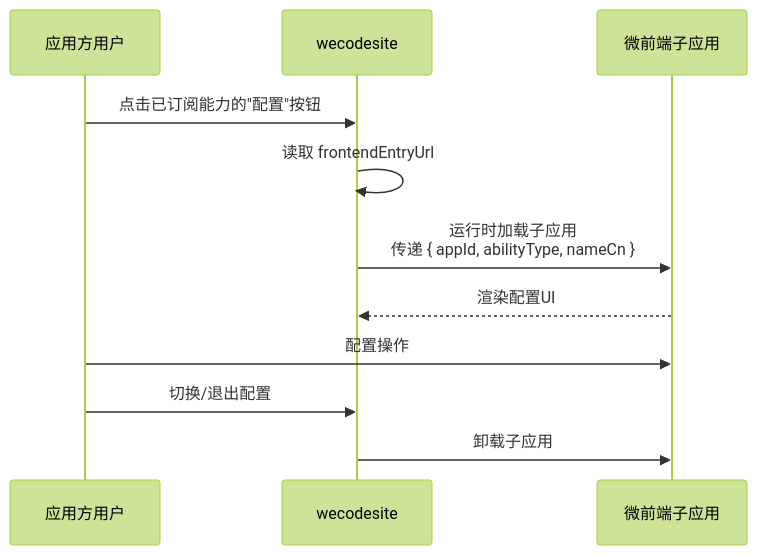
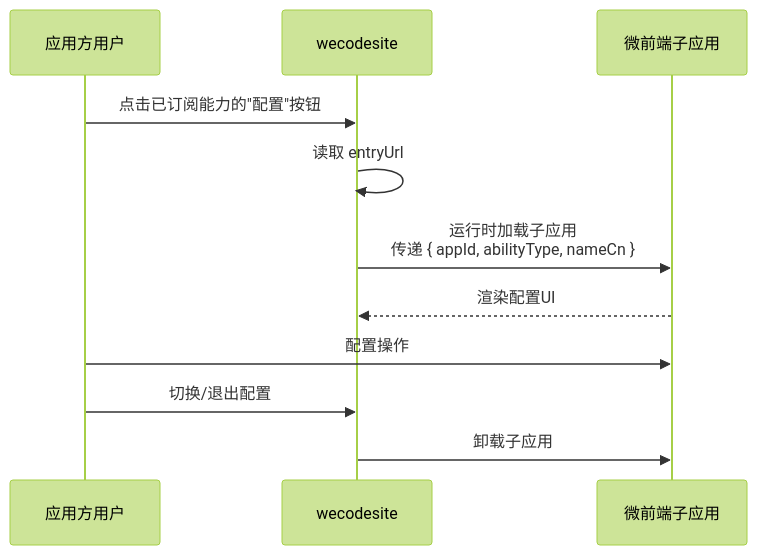
One commit to THZSummer/open-app changed the fourth of 4 diagrams in .sddu/specs-tree-root/specs-tree-ability-embedding/specs-tree-embedding-open/plan.md. Above: the diagram before and after it, drawn with Mermaid (forest theme). The commit also changed other lines of this file and 7 other files, not shown here.

````diff
--- a/.sddu/specs-tree-root/specs-tree-ability-embedding/specs-tree-embedding-open/plan.md
+++ b/.sddu/specs-tree-root/specs-tree-ability-embedding/specs-tree-embedding-open/plan.md
@@ -273,14 +286,14 @@
 ```mermaid
 sequenceDiagram
     participant User as 应用方用户
     participant WECODE as wecodesite
     participant SubApp as 微前端子应用
 
     User->>WECODE: 点击已订阅能力的"配置"按钮
-    WECODE->>WECODE: 读取 frontendEntryUrl
+    WECODE->>WECODE: 读取 entryUrl
     WECODE->>SubApp: 运行时加载子应用<br/>传递 { appId, abilityType, nameCn }
     SubApp-->>WECODE: 渲染配置UI
     User->>SubApp: 配置操作
     User->>WECODE: 切换/退出配置
     WECODE->>SubApp: 卸载子应用
 ```
````
